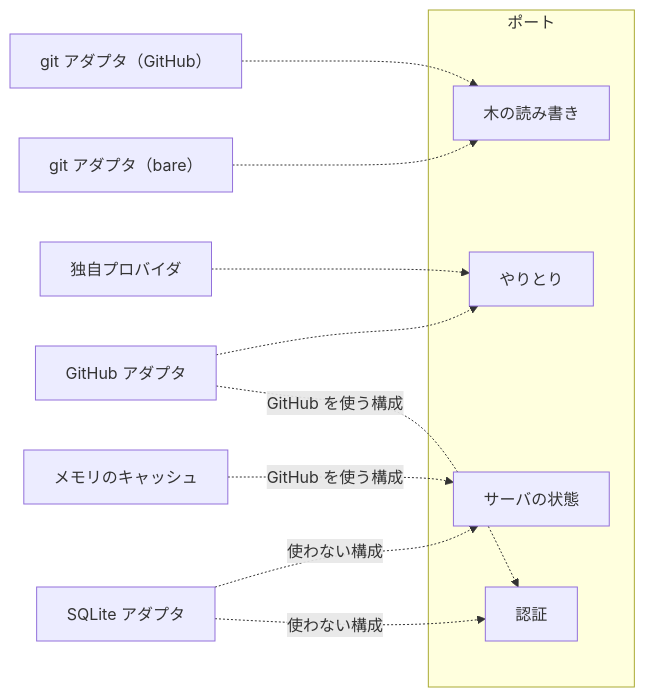
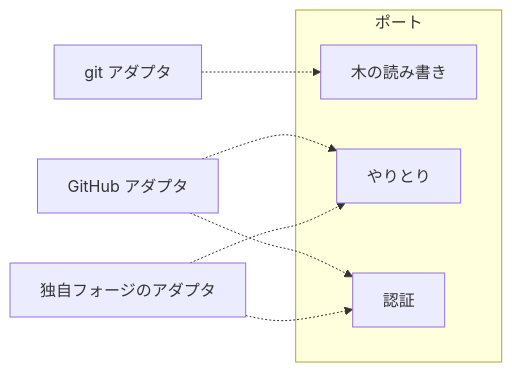
One commit to yamambainc/logiforge changed the diagram in design/backend/ports/README.md. Above: the diagram before and after it, drawn with Mermaid. The commit also changed other lines of this file and 24 other files, not shown here.

````diff
--- a/design/backend/ports/README.md
+++ b/design/backend/ports/README.md
@@ -17,17 +18,13 @@
 ```mermaid
 flowchart LR
   subgraph PT["ポート"]
     P1["木の読み書き"]
     P2["やりとり"]
-    P3["サーバの状態"]
-    P4["認証"]
+    P3["認証"]
   end
-  GITR["git アダプタ（GitHub）"] -.-> P1
-  GITL["git アダプタ（bare）"] -.-> P1
+  GA["git アダプタ"] -.-> P1
   GH["GitHub アダプタ"] -.-> P2
-  NA["独自プロバイダ"] -.-> P2
-  MEM["メモリのキャッシュ"] -.->|GitHub を使う構成| P3
-  SQ["SQLite アダプタ"] -.->|使わない構成| P3
-  GH -.->|GitHub を使う構成| P4
-  SQ -.->|使わない構成| P4
+  GH -.-> P3
+  NFA["独自フォージのアダプタ"] -.-> P2
+  NFA -.-> P3
 ```
````
